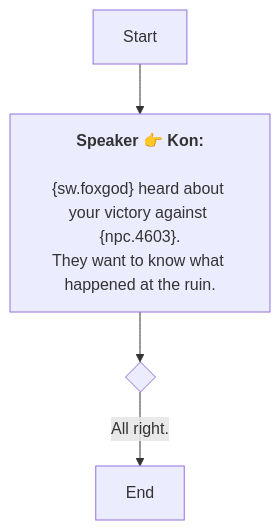
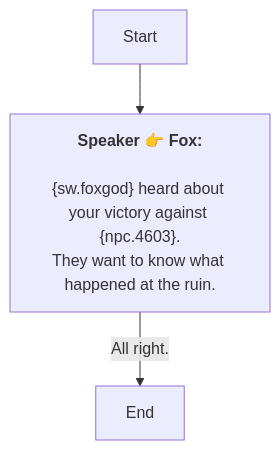
The diagram in En/QuestStartTalkENode_1761913551980846.md (SoftHu/tos_avg), drawn with Mermaid before and after one commit. The commit also changed 737 other files, not shown here.

````diff
--- a/En/QuestStartTalkENode_1761913551980846.md
+++ b/En/QuestStartTalkENode_1761913551980846.md
@@ -1,10 +1,8 @@
 ```mermaid
 graph
-Start -->1761913589297457[<b>Speaker 👉 Kon:</b>
+Start -->1761913589297457[<b>Speaker 👉 Fox:</b>
+\n&lbrace;sw.foxgod&rbrace; heard about your victory against &lbrace;npc.4603&rbrace;.
+They want to know what happened at the ruin.]
+1761913589297457 -->|All right.|1761913677739318[End]
 
-&lbrace;sw.foxgod&rbrace; heard about your victory against &lbrace;npc.4603&rbrace;.
-They want to know what happened at the ruin.]
-1761913589297457 -->1761913663591730{ }
-1761913663591730 -->|All right.|1761913677739318[End]
-
- ```
+```
````
